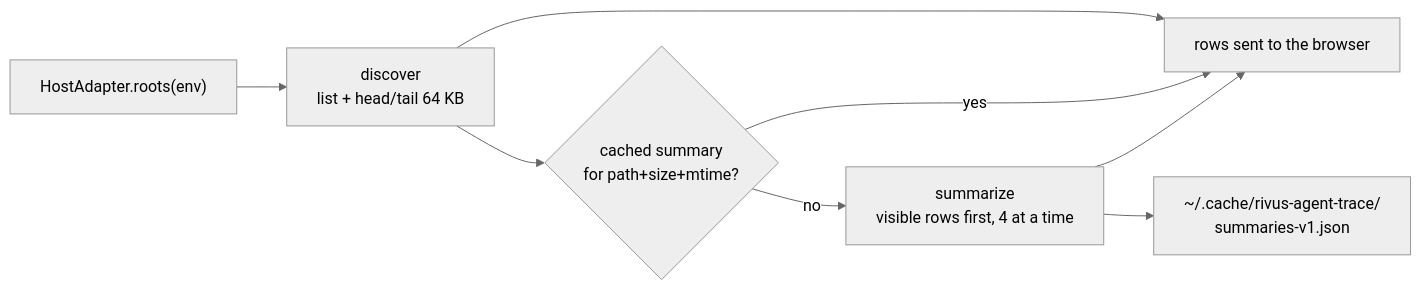
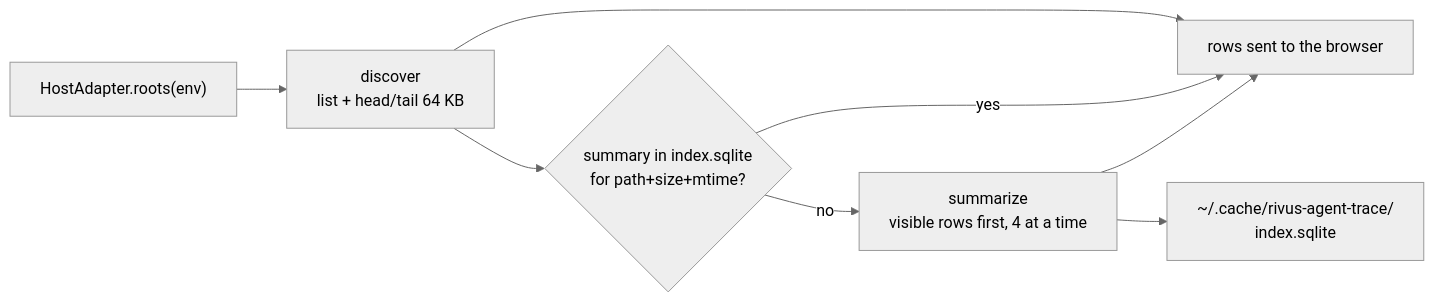
Before and after one commit to PerfectPan/estela: the third of 4 diagrams in docs/plans/0001-external-release.md, drawn with Mermaid (neutral theme). The commit also changed other lines of this file and 3 other files, not shown here.

First line of the commit message:
docs: settle rslib, SQLite index, release intent, and terminal output in Plan 0001

````diff
--- a/docs/plans/0001-external-release.md
+++ b/docs/plans/0001-external-release.md
@@ -384,10 +401,10 @@
 ```mermaid
 flowchart LR
   roots["HostAdapter.roots(env)"] --> disc["discover<br/>list + head/tail 64 KB"]
   disc --> rows["rows sent to the browser"]
-  disc --> q{"cached summary<br/>for path+size+mtime?"}
+  disc --> q{"summary in index.sqlite<br/>for path+size+mtime?"}
   q -- "yes" --> rows
   q -- "no" --> sum["summarize<br/>visible rows first, 4 at a time"]
-  sum --> cache["~/.cache/rivus-agent-trace/<br/>summaries-v1.json"]
+  sum --> db["~/.cache/rivus-agent-trace/<br/>index.sqlite"]
   sum --> rows
 ```
````
